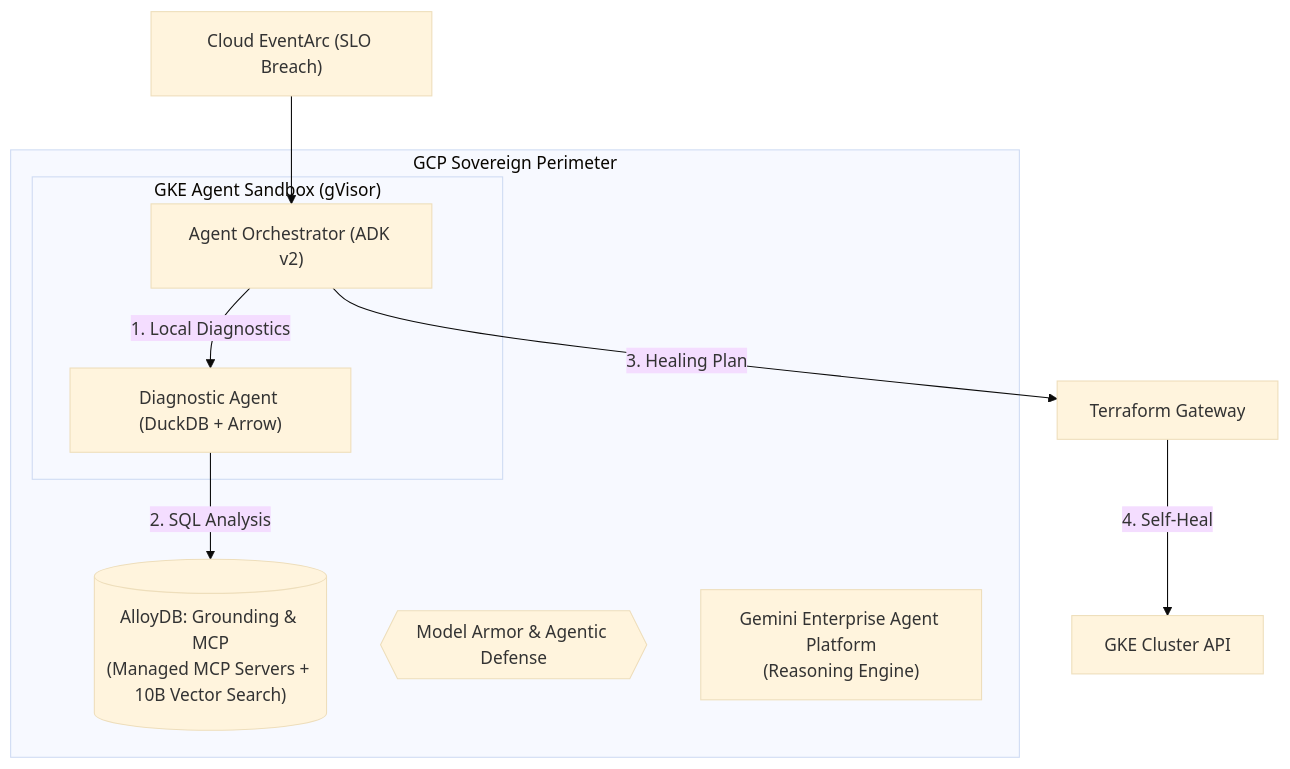
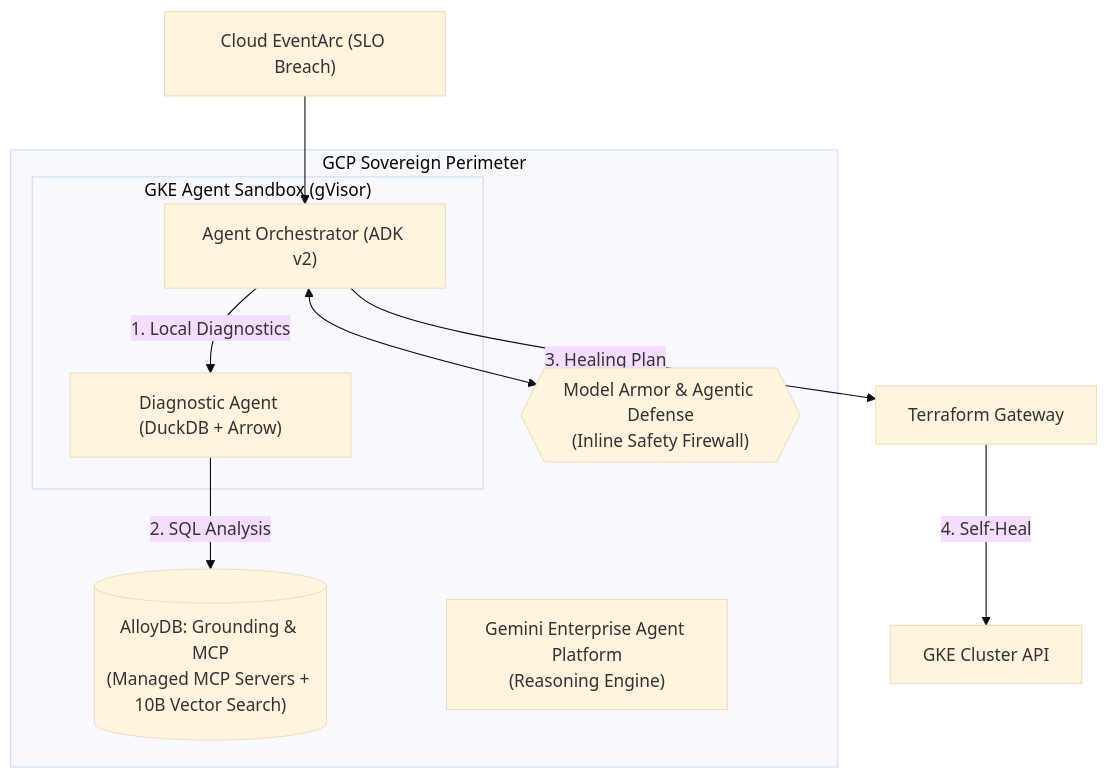
One commit to anandkrshnn-ai/gcp-qe-architecture changed the first of 4 diagrams in guides/06-gcp-portfolio-masterpieces-2026.md. Above: the diagram before and after it, drawn with Mermaid (base theme). The commit also changed other lines of this file and 1 other file, not shown here.

Commit message:
docs: add 2026 cost-benefit analysis and improve Mermaid diagrams

````diff
--- a/guides/06-gcp-portfolio-masterpieces-2026.md
+++ b/guides/06-gcp-portfolio-masterpieces-2026.md
@@ -10,19 +10,20 @@
 ```mermaid
 graph TD
     subgraph "GCP Sovereign Perimeter"
         subgraph "GKE Agent Sandbox (gVisor)"
             Orchestrator["Agent Orchestrator (ADK v2)"]
             Diagnostic_Agent["Diagnostic Agent (DuckDB + Arrow)"]
         end
         
         AlloyDB[("AlloyDB: Grounding & MCP\n(Managed MCP Servers + 10B Vector Search)")]
-        Model_Armor{{"Model Armor & Agentic Defense"}}
+        Model_Armor{{"Model Armor & Agentic Defense\n(Inline Safety Firewall)"}}
         Gemini_Enterprise["Gemini Enterprise Agent Platform\n(Reasoning Engine)"]
     end
 
     EventArc["Cloud EventArc (SLO Breach)"] --> Orchestrator
+    Orchestrator <--> Model_Armor
     Orchestrator -- "1. Local Diagnostics" --> Diagnostic_Agent
     Diagnostic_Agent -- "2. SQL Analysis" --> AlloyDB
     Orchestrator -- "3. Healing Plan" --> IaC["Terraform Gateway"]
     IaC -- "4. Self-Heal" --> GKE_API["GKE Cluster API"]
 ```
````
